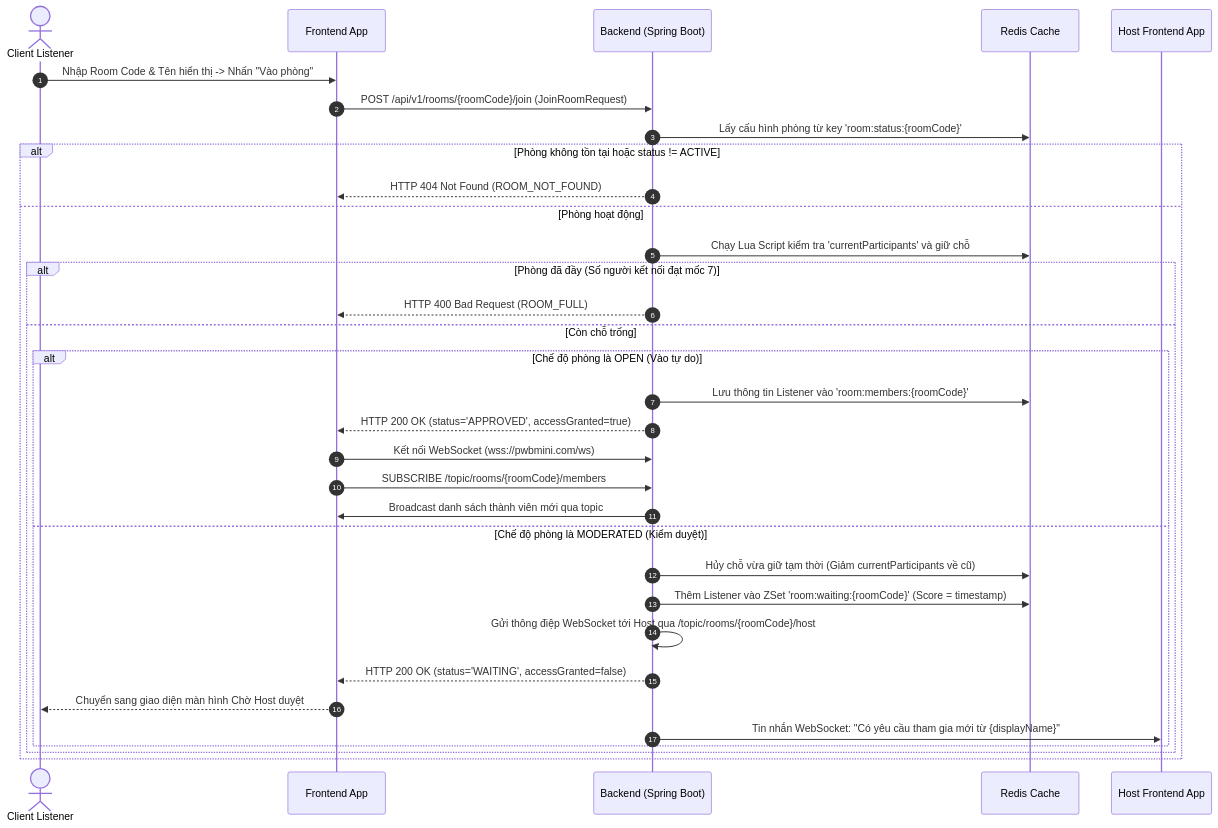
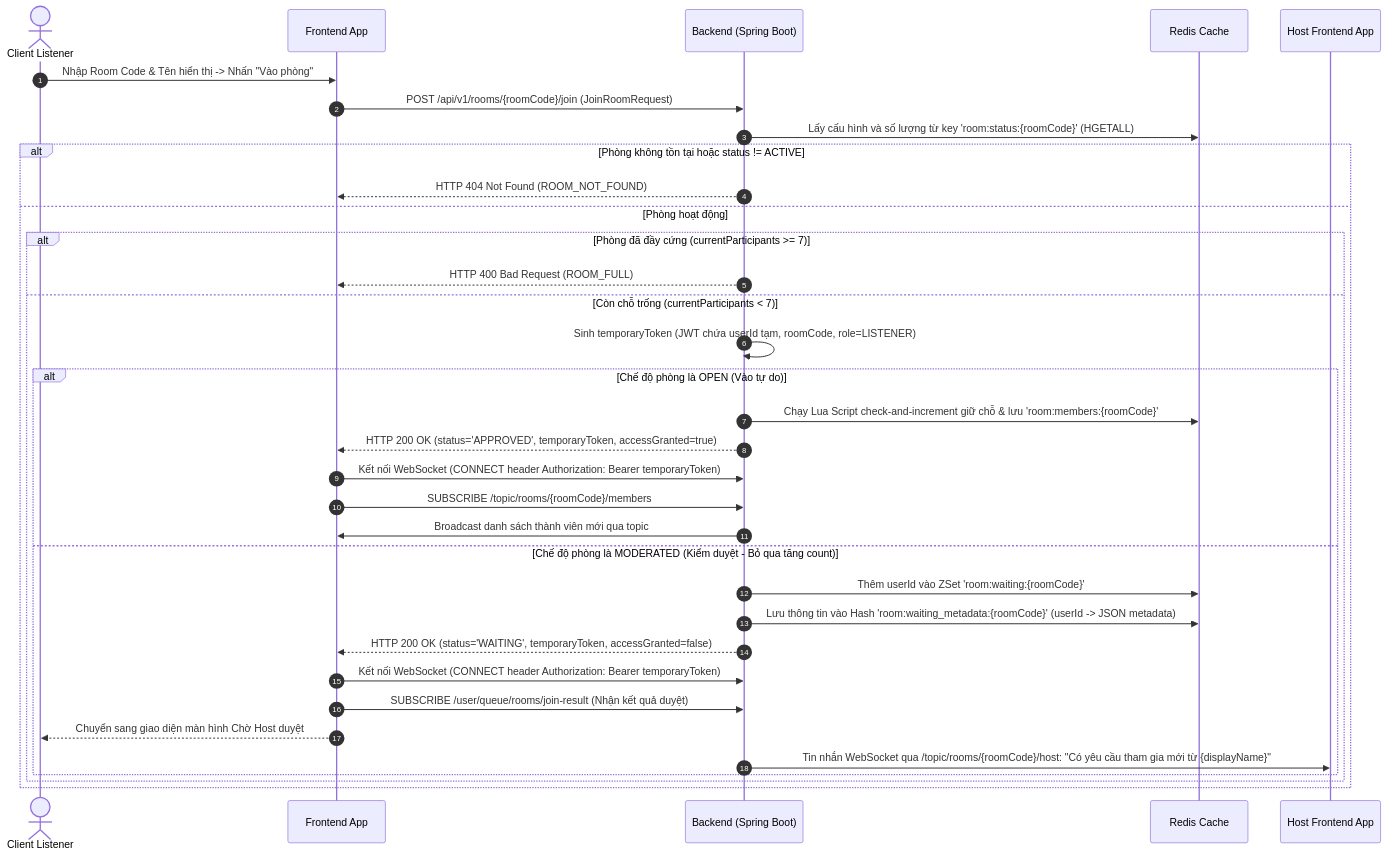
Before and after one commit to NguyenDucHoangNam/PWB_Mini: the first of 4 diagrams in docs/2. Live Room/02_join_waiting_room.md, drawn with Mermaid. The commit also changed other lines of this file and 22 other files, not shown here.

````diff
--- a/docs/2. Live Room/02_join_waiting_room.md
+++ b/docs/2. Live Room/02_join_waiting_room.md
@@ -69,37 +87,38 @@
 ```mermaid
 sequenceDiagram
     autonumber
     actor Listener as Client Listener
     participant FE as Frontend App
     participant BE as Backend (Spring Boot)
     participant Redis as Redis Cache
     participant HostFE as Host Frontend App
 
     Listener->>FE: Nhập Room Code & Tên hiển thị -> Nhấn "Vào phòng"
     FE->>BE: POST /api/v1/rooms/{roomCode}/join (JoinRoomRequest)
     
-    BE->>Redis: Lấy cấu hình phòng từ key 'room:status:{roomCode}'
+    BE->>Redis: Lấy cấu hình và số lượng từ key 'room:status:{roomCode}' (HGETALL)
     alt Phòng không tồn tại hoặc status != ACTIVE
         BE-->>FE: HTTP 404 Not Found (ROOM_NOT_FOUND)
     else Phòng hoạt động
-        BE->>Redis: Chạy Lua Script kiểm tra 'currentParticipants' và giữ chỗ
-        alt Phòng đã đầy (Số người kết nối đạt mốc 7)
+        alt Phòng đã đầy cứng (currentParticipants >= 7)
             BE-->>FE: HTTP 400 Bad Request (ROOM_FULL)
-        else Còn chỗ trống
+        else Còn chỗ trống (currentParticipants < 7)
+            BE->>BE: Sinh temporaryToken (JWT chứa userId tạm, roomCode, role=LISTENER)
             alt Chế độ phòng là OPEN (Vào tự do)
-                BE->>Redis: Lưu thông tin Listener vào 'room:members:{roomCode}'
-                BE-->>FE: HTTP 200 OK (status='APPROVED', accessGranted=true)
-                FE->>BE: Kết nối WebSocket (wss://pwbmini.com/ws)
+                BE->>Redis: Chạy Lua Script check-and-increment giữ chỗ & lưu 'room:members:{roomCode}'
+                BE-->>FE: HTTP 200 OK (status='APPROVED', temporaryToken, accessGranted=true)
+                FE->>BE: Kết nối WebSocket (CONNECT header Authorization: Bearer temporaryToken)
                 FE->>BE: SUBSCRIBE /topic/rooms/{roomCode}/members
                 BE->>FE: Broadcast danh sách thành viên mới qua topic
-            else Chế độ phòng là MODERATED (Kiểm duyệt)
-                BE->>Redis: Hủy chỗ vừa giữ tạm thời (Giảm currentParticipants về cũ)
-                BE->>Redis: Thêm Listener vào ZSet 'room:waiting:{roomCode}' (Score = timestamp)
-                BE->>BE: Gửi thông điệp WebSocket tới Host qua /topic/rooms/{roomCode}/host
-                BE-->>FE: HTTP 200 OK (status='WAITING', accessGranted=false)
+            else Chế độ phòng là MODERATED (Kiểm duyệt - Bỏ qua tăng count)
+                BE->>Redis: Thêm userId vào ZSet 'room:waiting:{roomCode}'
+                BE->>Redis: Lưu thông tin vào Hash 'room:waiting_metadata:{roomCode}' (userId -> JSON metadata)
+                BE-->>FE: HTTP 200 OK (status='WAITING', temporaryToken, accessGranted=false)
+                FE->>BE: Kết nối WebSocket (CONNECT header Authorization: Bearer temporaryToken)
+                FE->>BE: SUBSCRIBE /user/queue/rooms/join-result (Nhận kết quả duyệt)
                 FE-->>Listener: Chuyển sang giao diện màn hình Chờ Host duyệt
-                BE->>HostFE: Tin nhắn WebSocket: "Có yêu cầu tham gia mới từ {displayName}"
+                BE->>HostFE: Tin nhắn WebSocket qua /topic/rooms/{roomCode}/host: "Có yêu cầu tham gia mới từ {displayName}"
             end
         end
     end
 ```
````
